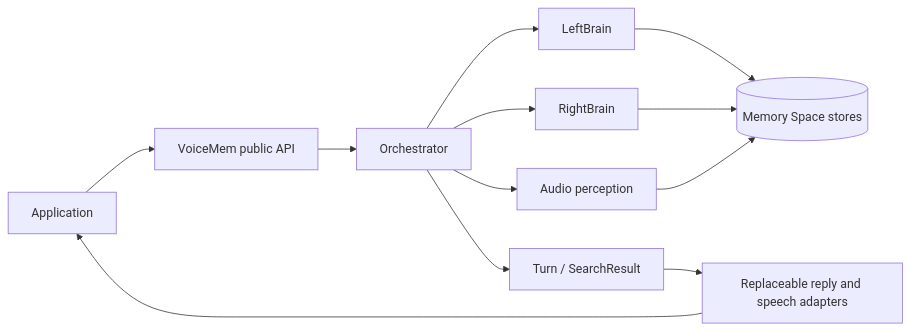
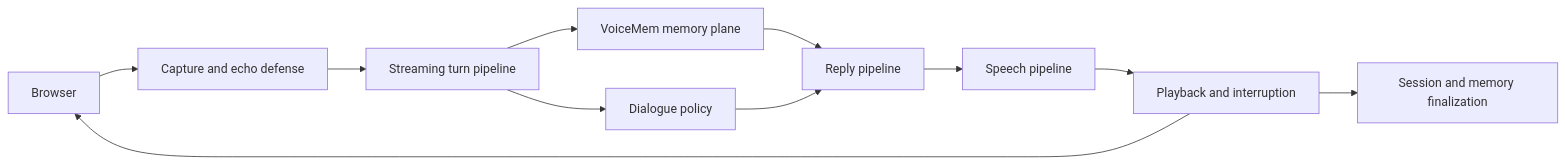
The first of 4 diagrams in ARCHITECTURE.md (lang-jiaqi/VoiceMem-Studio), drawn with Mermaid before and after one commit. The commit also changed other lines of this file, not shown here.

````diff
--- a/ARCHITECTURE.md
+++ b/ARCHITECTURE.md
@@ -21,14 +20,13 @@
 ```mermaid
 flowchart LR
-    App[Application] --> API[VoiceMem public API]
-    API --> Orchestrator
-    Orchestrator --> Left[LeftBrain]
-    Orchestrator --> Right[RightBrain]
-    Orchestrator --> Perception[Audio perception]
-    Left --> Stores[(Memory Space stores)]
-    Right --> Stores
-    Perception --> Stores
-    Orchestrator --> Result[Turn / SearchResult]
-    Result --> Output[Replaceable reply and speech adapters]
-    Output --> App
+    Browser --> Capture[Capture and echo defense]
+    Capture --> Turn[Streaming turn pipeline]
+    Turn --> Memory[VoiceMem memory plane]
+    Turn --> Dialogue[Dialogue policy]
+    Memory --> Reply[Reply pipeline]
+    Dialogue --> Reply
+    Reply --> Speech[Speech pipeline]
+    Speech --> Playback[Playback and interruption]
+    Playback --> Browser
+    Playback --> Context[Session and memory finalization]
 ```
````
